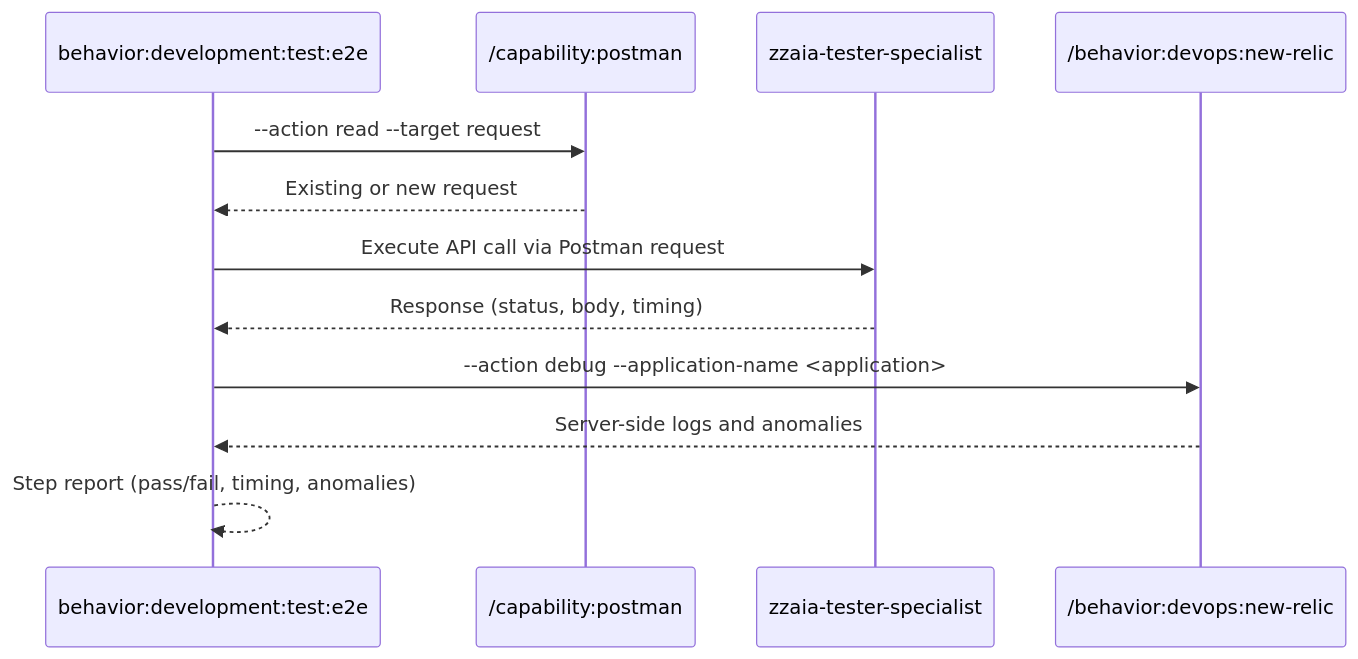
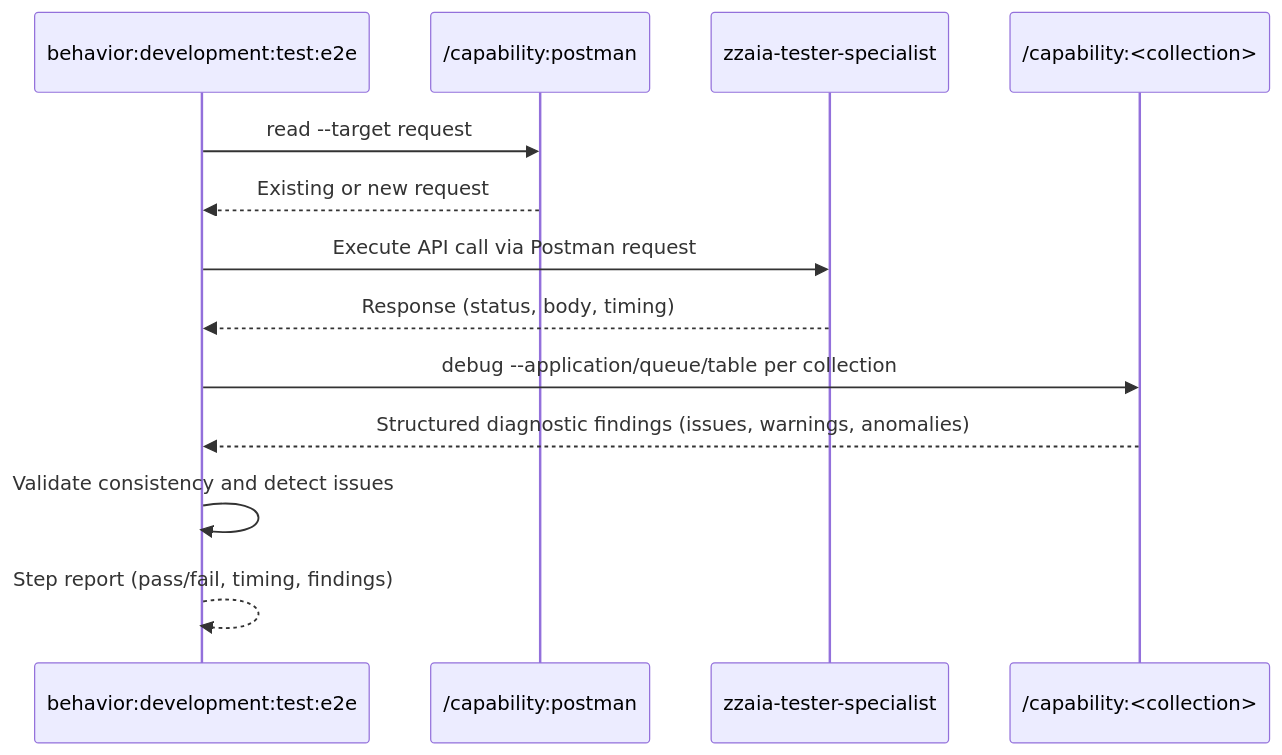
One commit to zzaia/zzaia-agentic-workspace changed the diagram in .claude/commands/behavior/development/test/e2e/SKILL.md. Above: the diagram before and after it, drawn with Mermaid. The commit also changed other lines of this file and 21 other files, not shown here.

````diff
--- a/.claude/commands/behavior/development/test/e2e/SKILL.md
+++ b/.claude/commands/behavior/development/test/e2e/SKILL.md
@@ -61,15 +74,16 @@
 ```mermaid
 sequenceDiagram
     participant C as behavior:development:test:e2e
     participant PM as /capability:postman
     participant TS as zzaia-tester-specialist
-    participant NR as /behavior:devops:new-relic
+    participant SRC as /capability:<collection>
 
-    C->>PM: --action read --target request
+    C->>PM: read --target request
     PM-->>C: Existing or new request
     C->>TS: Execute API call via Postman request
     TS-->>C: Response (status, body, timing)
-    C->>NR: --action debug --application-name <application>
-    NR-->>C: Server-side logs and anomalies
-    C-->>C: Step report (pass/fail, timing, anomalies)
+    C->>SRC: debug --application/queue/table per collection
+    SRC-->>C: Structured diagnostic findings (issues, warnings, anomalies)
+    C->>C: Validate consistency and detect issues
+    C-->>C: Step report (pass/fail, timing, findings)
 ```
````
